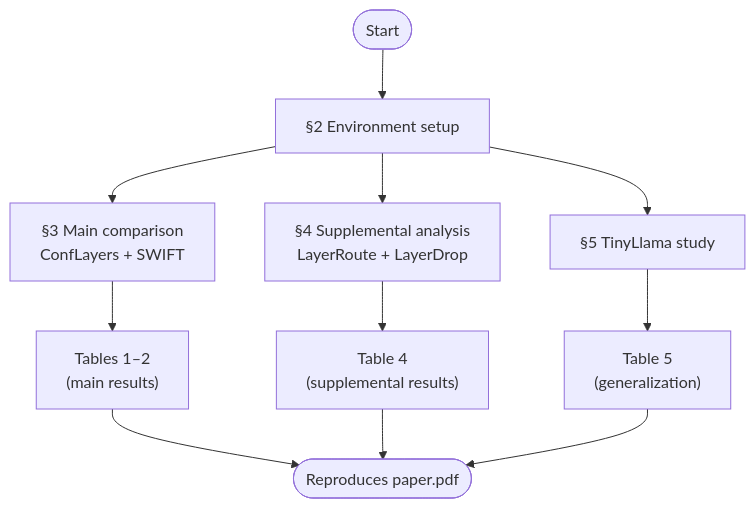
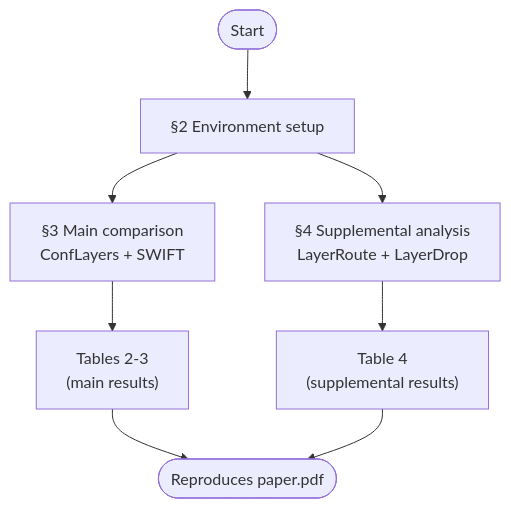
One commit to hackie123/Audit_LayerSkip changed the fifth of 5 diagrams in README.md. Above: the diagram before and after it, drawn with Mermaid. The commit also changed other lines of this file, not shown here.

````diff
--- a/README.md
+++ b/README.md
@@ -280,11 +284,9 @@
 ```mermaid
 flowchart TB
     Start([Start]) --> Env[§2 Environment setup]
     Env --> Main["§3 Main comparison<br/>ConfLayers + SWIFT"]
     Env --> Supp["§4 Supplemental analysis<br/>LayerRoute + LayerDrop"]
-    Main --> T12["Tables 1–2<br/>(main results)"]
+    Main --> T23["Tables 2-3<br/>(main results)"]
     Supp --> T4["Table 4<br/>(supplemental results)"]
-    Env --> Tiny["§5 TinyLlama study"]
-    Tiny --> T5["Table 5<br/>(generalization)"]
-    T12 & T4 & T5 --> Done([Reproduces paper.pdf])
+    T23 & T4 --> Done([Reproduces paper.pdf])
 ```
````
